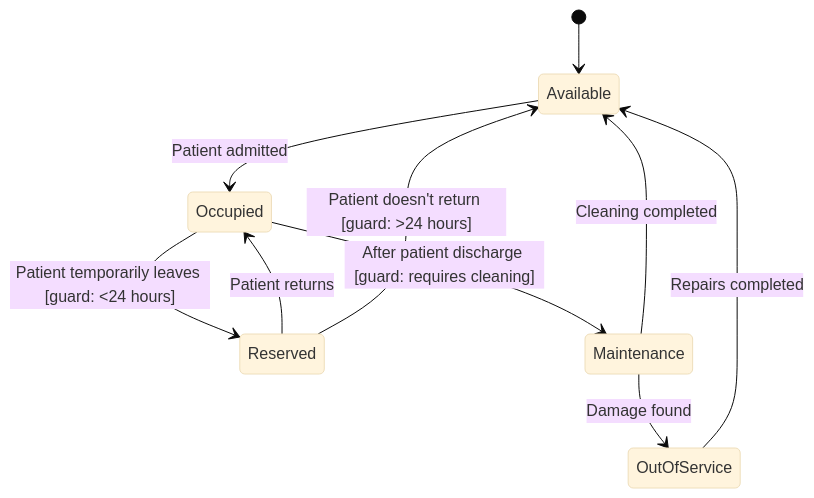
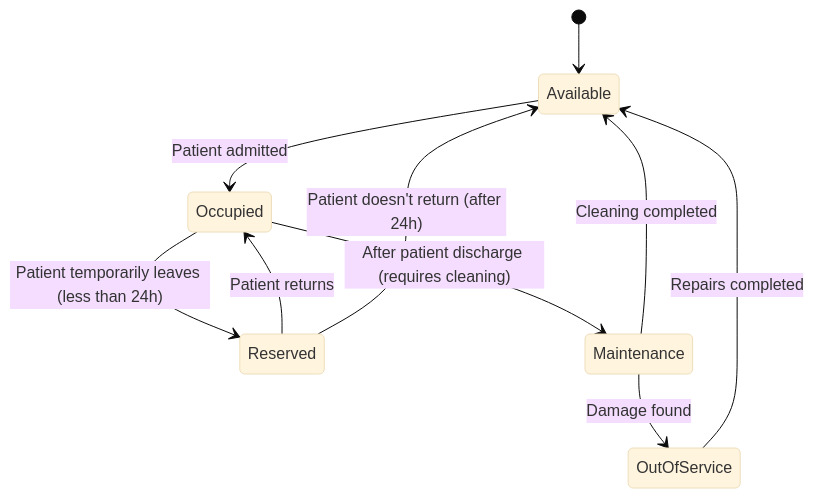
Before and after one commit to Saphulele/Hospital_Management_System: the diagram in Object State Modeling/Bed Object.md, drawn with Mermaid (base theme).

Commit message:
Update Bed Object.md

````diff
--- a/Object State Modeling/Bed Object.md
+++ b/Object State Modeling/Bed Object.md
@@ -3,14 +3,14 @@
 ```mermaid
 
 stateDiagram-v2
     [*] --> Available
     Available --> Occupied: Patient admitted
-    Occupied --> Reserved: Patient temporarily leaves [guard: <24 hours]
-    Occupied --> Maintenance: After patient discharge [guard: requires cleaning]
+    Occupied --> Reserved: Patient temporarily leaves (less than 24h)
+    Occupied --> Maintenance: After patient discharge (requires cleaning)
     Reserved --> Occupied: Patient returns
-    Reserved --> Available: Patient doesn't return [guard: >24 hours]
+    Reserved --> Available: Patient doesn't return (after 24h)
     Maintenance --> Available: Cleaning completed
     Maintenance --> OutOfService: Damage found
     OutOfService --> Available: Repairs completed
 
 ```
````
